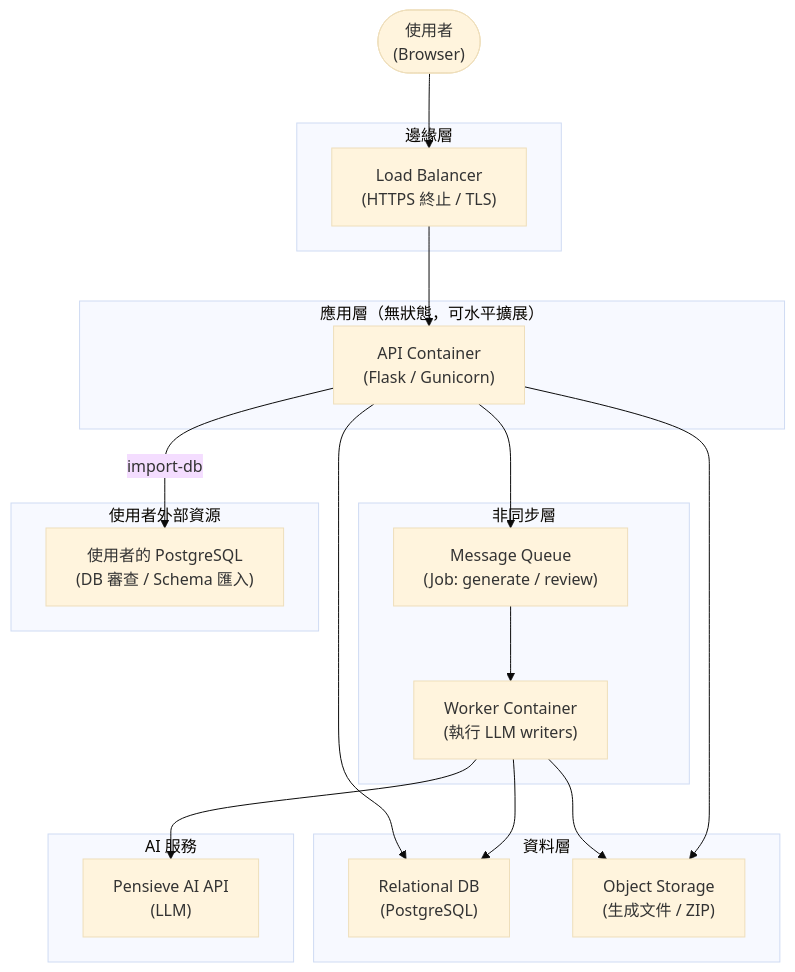
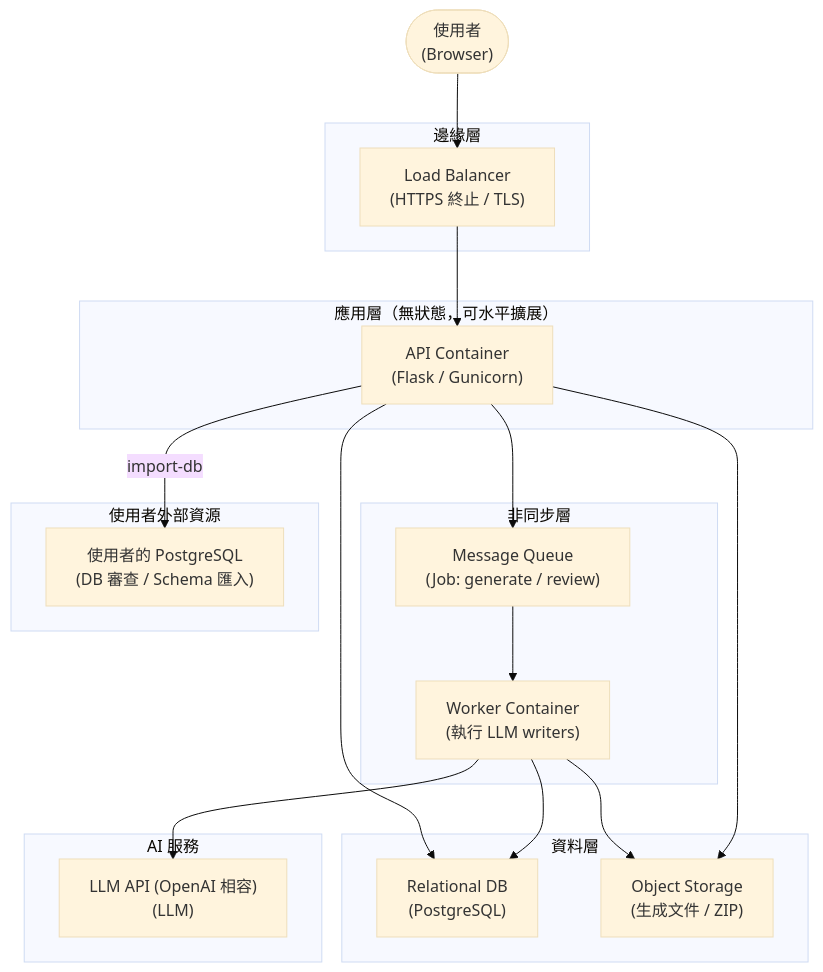
One commit to jjaass9507/SQL_agent changed the second of 2 diagrams in docs/system_architecture.md. Above: the diagram before and after it, drawn with Mermaid (base theme). The commit also changed other lines of this file and 16 other files, not shown here.

First line of the commit message:
Phase 0: LLM 客戶端改接 OpenAI 相容 Chat Completions API

````diff
--- a/docs/system_architecture.md
+++ b/docs/system_architecture.md
@@ -76,41 +76,41 @@
 ```mermaid
 flowchart TD
     Internet(["使用者\n(Browser)"])
 
     subgraph Edge ["邊緣層"]
         LB["Load Balancer\n(HTTPS 終止 / TLS)"]
     end
 
     subgraph Compute ["應用層（無狀態，可水平擴展）"]
         API["API Container\n(Flask / Gunicorn)"]
     end
 
     subgraph Async ["非同步層"]
         MQ["Message Queue\n(Job: generate / review)"]
         WK["Worker Container\n(執行 LLM writers)"]
     end
 
     subgraph Data ["資料層"]
         RDB["Relational DB\n(PostgreSQL)"]
         OBJ["Object Storage\n(生成文件 / ZIP)"]
     end
 
     subgraph AIServices ["AI 服務"]
-        LLM["Pensieve AI API\n(LLM)"]
+        LLM["LLM API (OpenAI 相容)\n(LLM)"]
     end
 
     subgraph ExtDB ["使用者外部資源"]
         UserPG["使用者的 PostgreSQL\n(DB 審查 / Schema 匯入)"]
     end
 
     Internet --> LB
     LB --> API
     API --> RDB
     API --> MQ
     API -->|import-db| UserPG
     MQ --> WK
     WK --> LLM
     WK --> RDB
     WK --> OBJ
     API --> OBJ
 ```
````
